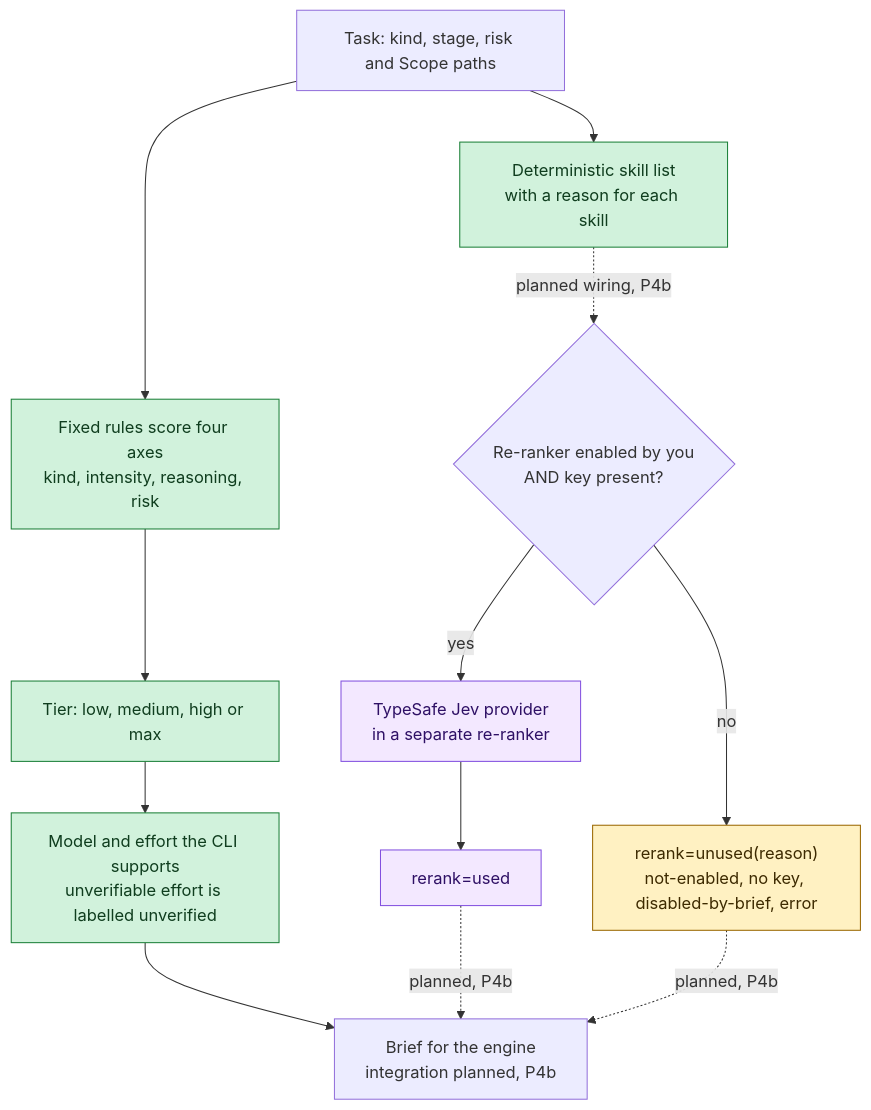
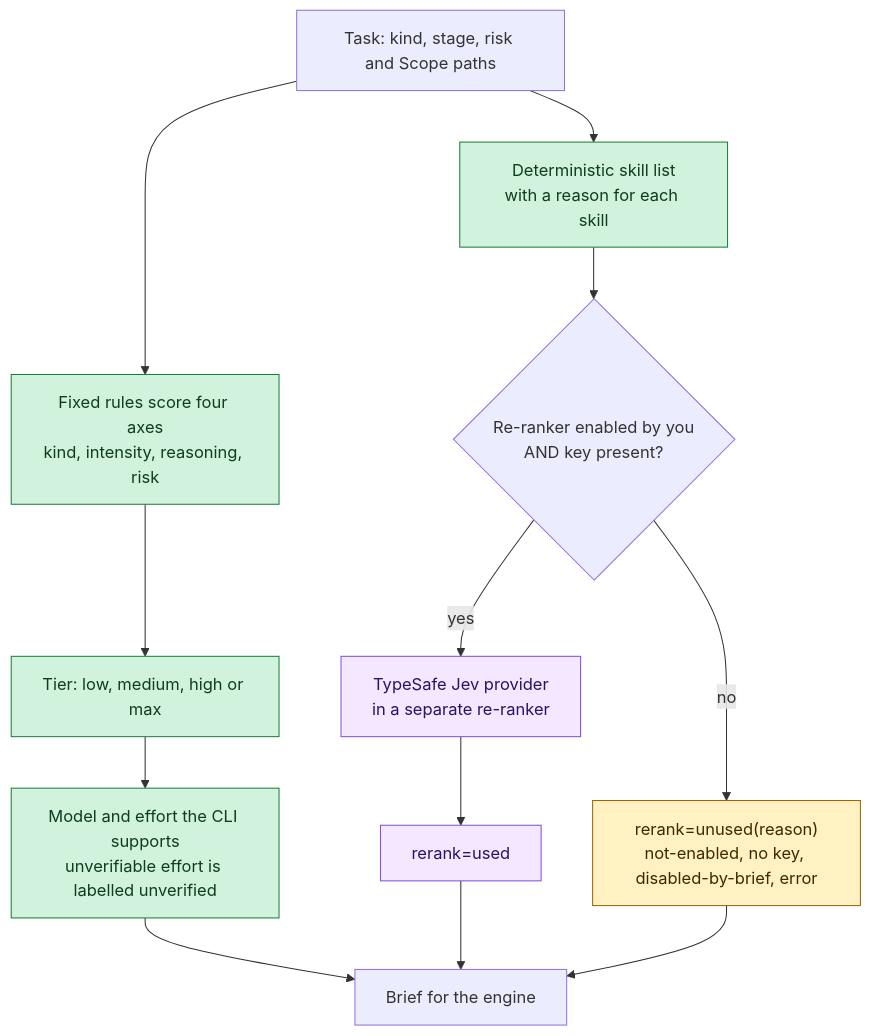
Before and after one commit to KenSuh/open-agent-harness: the third of 8 diagrams in README.md, drawn with Mermaid. The commit also changed other lines of this file and 2 other files, not shown here.

````diff
--- a/README.md
+++ b/README.md
@@ -221,28 +219,28 @@
 ```mermaid
 flowchart TD
     task["Task: kind, stage, risk and Scope paths"]
     score["Fixed rules score four axes<br/>kind, intensity, reasoning, risk"]
     tier["Tier: low, medium, high or max"]
     model["Model and effort the CLI supports<br/>unverifiable effort is labelled unverified"]
     skills["Deterministic skill list<br/>with a reason for each skill"]
     ask{"Re-ranker enabled by you<br/>AND key present?"}
     jev["TypeSafe Jev provider<br/>in a separate re-ranker"]
     used["rerank=used"]
     unused["rerank=unused(reason)<br/>not-enabled, no key, disabled-by-brief, error"]
-    brief["Brief for the engine<br/>integration planned, P4b"]
+    brief["Brief for the engine"]
 
     task --> score --> tier --> model --> brief
     task --> skills
-    skills -.->|"planned wiring, P4b"| ask
+    skills --> ask
     ask -->|"yes"| jev --> used
     ask -->|"no"| unused
-    used -.->|"planned, P4b"| brief
-    unused -.->|"planned, P4b"| brief
+    used --> brief
+    unused --> brief
 
     classDef rule fill:#d1f2dc,stroke:#1a7f37,color:#0f3d1e
     classDef ai fill:#f3e8ff,stroke:#8250df,color:#2e1065
     classDef note fill:#fff1c2,stroke:#9a6700,color:#3d2a00
     class score,tier,model,skills rule
     class jev,used ai
     class unused note
 ```
````
